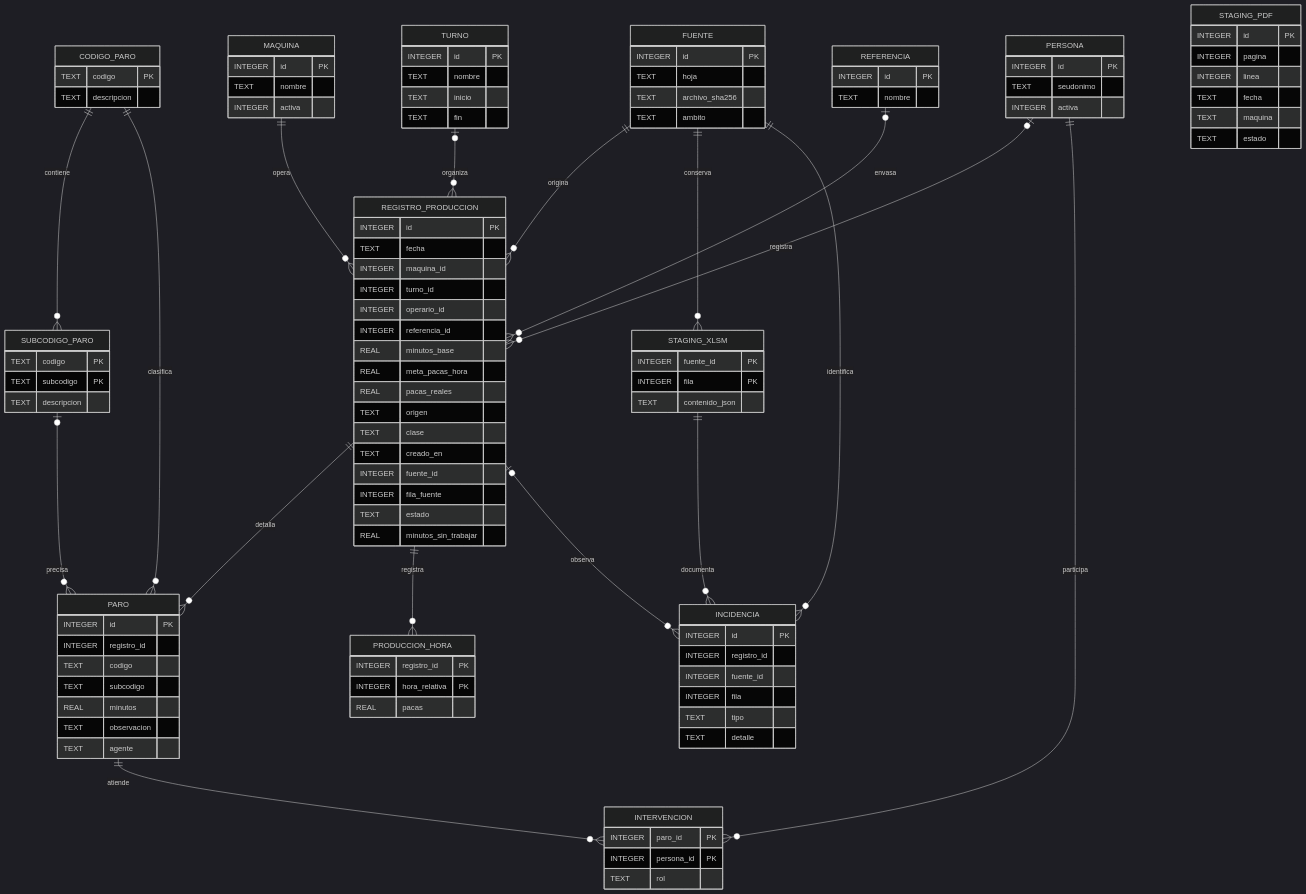
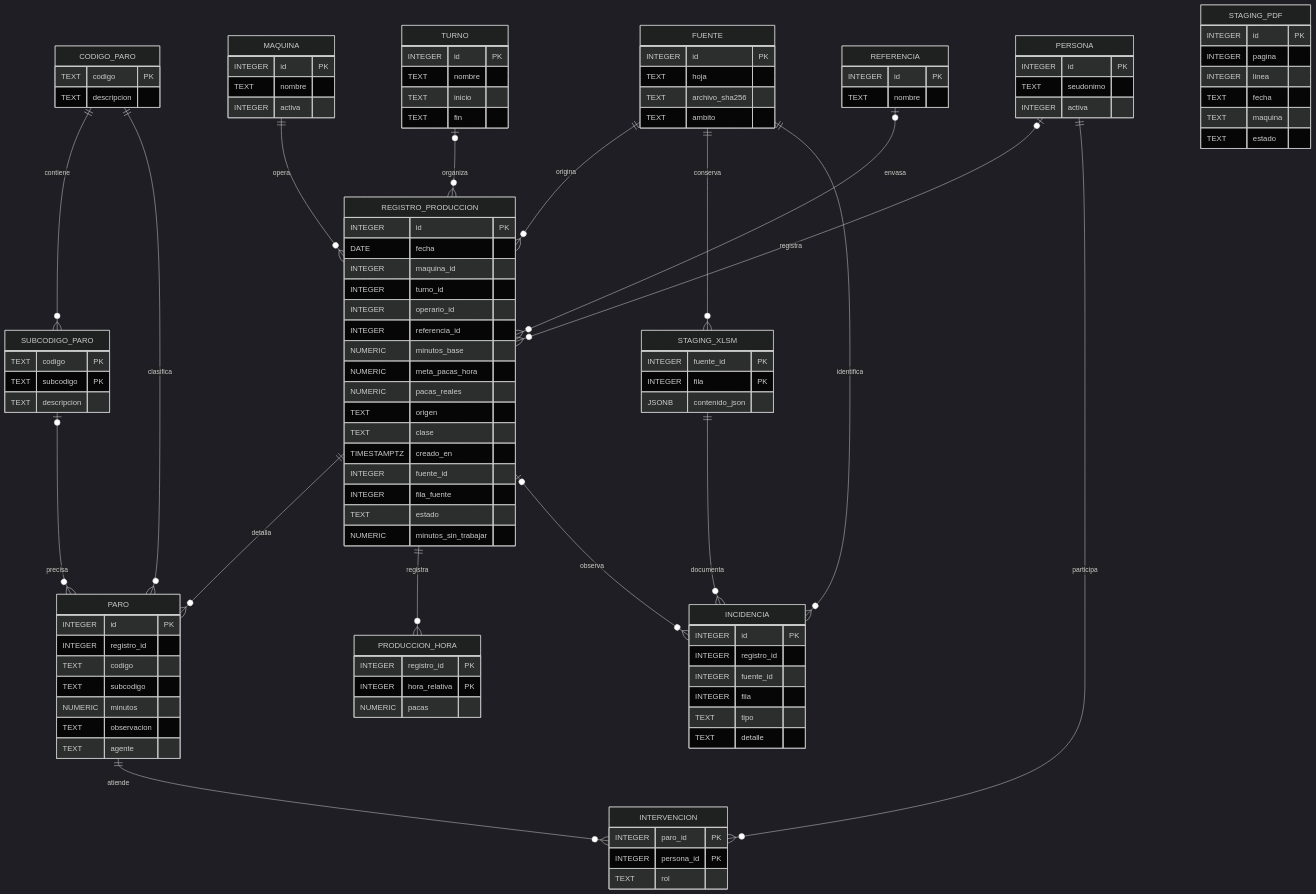
One commit to dan1elcg1raldo000/BDI-Proyecto-Final-Daniel-Felipe-Chica-Giraldo-Erick-Noel-Delgado-Serna changed the diagram in docs/modelo.mmd. Above: the diagram before and after it, drawn with Mermaid (dark theme). The commit also changed 41 other files, not shown here.

```diff
--- a/docs/modelo.mmd
+++ b/docs/modelo.mmd
@@ -1,110 +1,110 @@
 erDiagram
     FUENTE ||--o{ REGISTRO_PRODUCCION : origina
     FUENTE ||--o{ STAGING_XLSM : conserva
     MAQUINA ||--o{ REGISTRO_PRODUCCION : opera
     TURNO o|--o{ REGISTRO_PRODUCCION : organiza
     PERSONA o|--o{ REGISTRO_PRODUCCION : registra
     REFERENCIA o|--o{ REGISTRO_PRODUCCION : envasa
     REGISTRO_PRODUCCION ||--o{ PARO : detalla
     REGISTRO_PRODUCCION ||--o{ PRODUCCION_HORA : registra
     CODIGO_PARO ||--o{ SUBCODIGO_PARO : contiene
     CODIGO_PARO ||--o{ PARO : clasifica
     SUBCODIGO_PARO o|--o{ PARO : precisa
     PARO ||--o{ INTERVENCION : atiende
     PERSONA ||--o{ INTERVENCION : participa
     STAGING_XLSM ||--o{ INCIDENCIA : documenta
     FUENTE ||--o{ INCIDENCIA : identifica
     REGISTRO_PRODUCCION o|--o{ INCIDENCIA : observa
     FUENTE {
         INTEGER id PK
         TEXT hoja
         TEXT archivo_sha256
         TEXT ambito
     }
     MAQUINA {
         INTEGER id PK
         TEXT nombre
         INTEGER activa
     }
     TURNO {
         INTEGER id PK
         TEXT nombre
         TEXT inicio
         TEXT fin
     }
     PERSONA {
         INTEGER id PK
         TEXT seudonimo
         INTEGER activa
     }
     REFERENCIA {
         INTEGER id PK
         TEXT nombre
     }
     CODIGO_PARO {
         TEXT codigo PK
         TEXT descripcion
     }
     SUBCODIGO_PARO {
         TEXT codigo PK
         TEXT subcodigo PK
         TEXT descripcion
     }
     REGISTRO_PRODUCCION {
         INTEGER id PK
-        TEXT fecha
+        DATE fecha
         INTEGER maquina_id
         INTEGER turno_id
         INTEGER operario_id
         INTEGER referencia_id
-        REAL minutos_base
-        REAL meta_pacas_hora
-        REAL pacas_reales
+        NUMERIC minutos_base
+        NUMERIC meta_pacas_hora
+        NUMERIC pacas_reales
         TEXT origen
         TEXT clase
-        TEXT creado_en
+        TIMESTAMPTZ creado_en
         INTEGER fuente_id
         INTEGER fila_fuente
         TEXT estado
-        REAL minutos_sin_trabajar
+        NUMERIC minutos_sin_trabajar
     }
     PARO {
         INTEGER id PK
         INTEGER registro_id
         TEXT codigo
         TEXT subcodigo
-        REAL minutos
+        NUMERIC minutos
         TEXT observacion
         TEXT agente
     }
     INTERVENCION {
         INTEGER paro_id PK
         INTEGER persona_id PK
         TEXT rol
     }
     PRODUCCION_HORA {
         INTEGER registro_id PK
         INTEGER hora_relativa PK
-        REAL pacas
+        NUMERIC pacas
     }
     STAGING_XLSM {
         INTEGER fuente_id PK
         INTEGER fila PK
-        TEXT contenido_json
+        JSONB contenido_json
     }
     INCIDENCIA {
         INTEGER id PK
         INTEGER registro_id
         INTEGER fuente_id
         INTEGER fila
         TEXT tipo
         TEXT detalle
     }
     STAGING_PDF {
         INTEGER id PK
         INTEGER pagina
         INTEGER linea
         TEXT fecha
         TEXT maquina
         TEXT estado
     }
```
